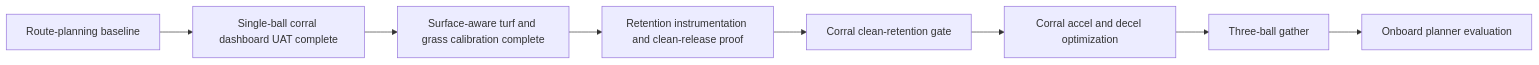
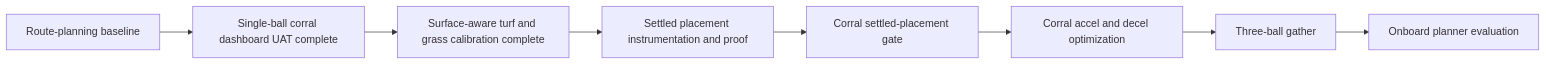
Before and after one commit to fsmalkin/chasebot: the diagram in docs/ROADMAP_2026_H2.md, drawn with Mermaid. The commit also changed other lines of this file and 9 other files, not shown here.

Commit message:
checkpoint: switch corral proof to settled placement

````diff
--- a/docs/ROADMAP_2026_H2.md
+++ b/docs/ROADMAP_2026_H2.md
@@ -146,10 +147,10 @@
 ```mermaid
 flowchart LR
     A[Route-planning baseline] --> B[Single-ball corral dashboard UAT complete]
     B --> C[Surface-aware turf and grass calibration complete]
-    C --> D[Retention instrumentation and clean-release proof]
-    D --> E[Corral clean-retention gate]
+    C --> D[Settled placement instrumentation and proof]
+    D --> E[Corral settled-placement gate]
     E --> F[Corral accel and decel optimization]
     F --> G[Three-ball gather]
     G --> H[Onboard planner evaluation]
 ```
````
